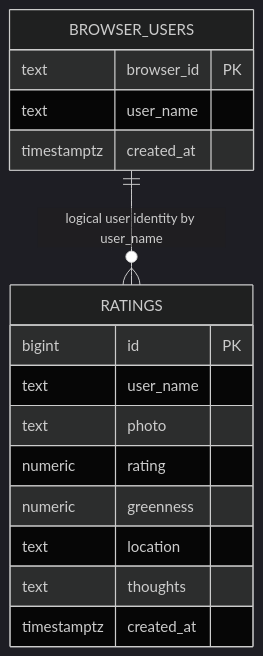
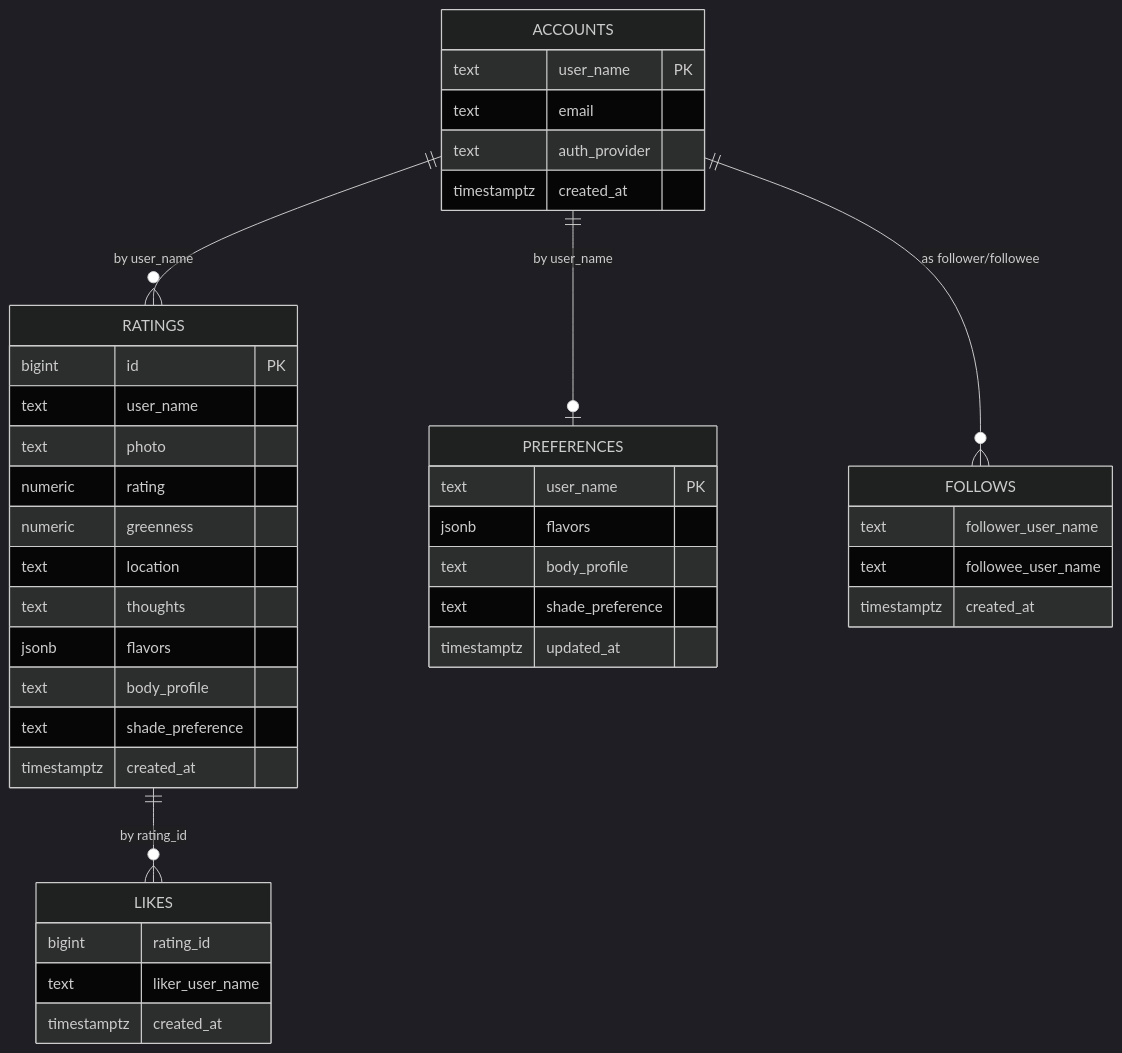
One commit to allyyim/matchaRatings changed the diagram in README.md. Above: the diagram before and after it, drawn with Mermaid (dark theme). The commit also changed other lines of this file and 1 other file, not shown here.

````diff
--- a/README.md
+++ b/README.md
@@ -106,21 +307,43 @@
 ```mermaid
 erDiagram
-  BROWSER_USERS {
-    text browser_id PK
-    text user_name
+  ACCOUNTS {
+    text user_name PK
+    text email
+    text auth_provider
     timestamptz created_at
   }
-
   RATINGS {
     bigint id PK
     text user_name
     text photo
     numeric rating
     numeric greenness
     text location
     text thoughts
+    jsonb flavors
+    text body_profile
+    text shade_preference
     timestamptz created_at
   }
-
-  BROWSER_USERS ||--o{ RATINGS : "logical user identity by user_name"
+  PREFERENCES {
+    text user_name PK
+    jsonb flavors
+    text body_profile
+    text shade_preference
+    timestamptz updated_at
+  }
+  FOLLOWS {
+    text follower_user_name
+    text followee_user_name
+    timestamptz created_at
+  }
+  LIKES {
+    bigint rating_id
+    text liker_user_name
+    timestamptz created_at
+  }
+  ACCOUNTS ||--o{ RATINGS : "by user_name"
+  ACCOUNTS ||--o| PREFERENCES : "by user_name"
+  ACCOUNTS ||--o{ FOLLOWS : "as follower/followee"
+  RATINGS  ||--o{ LIKES : "by rating_id"
 ```
````
